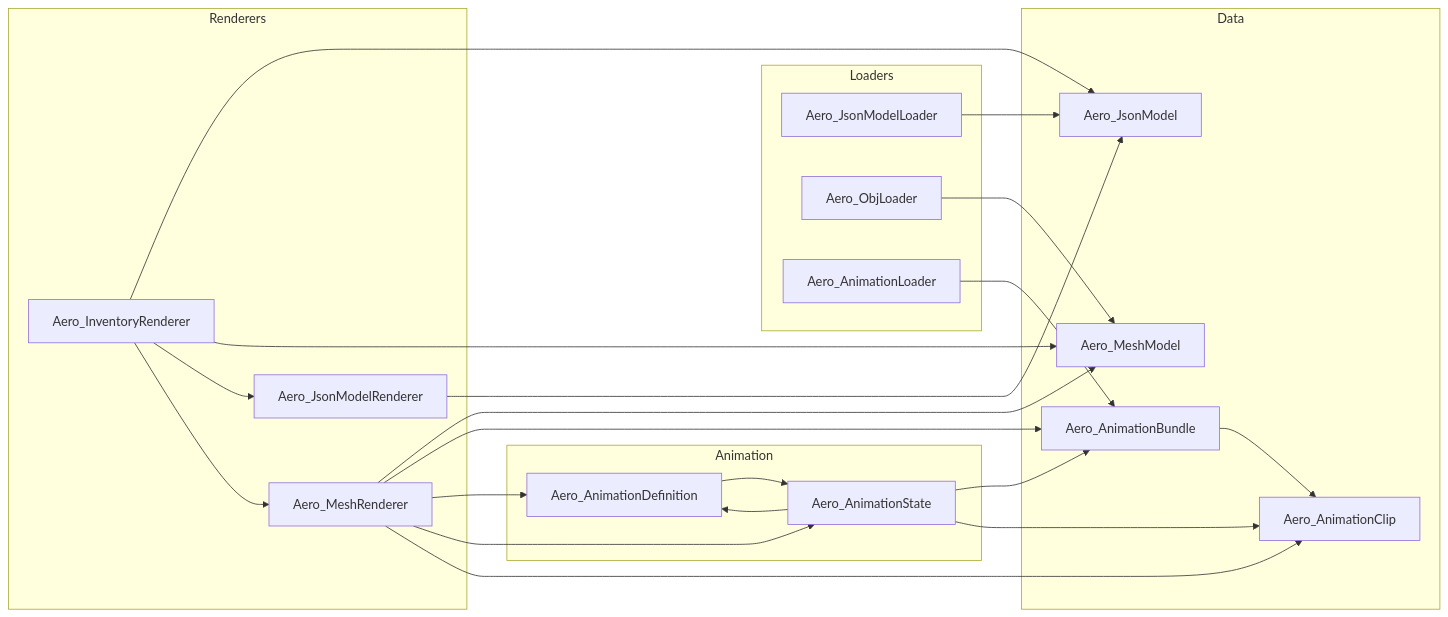
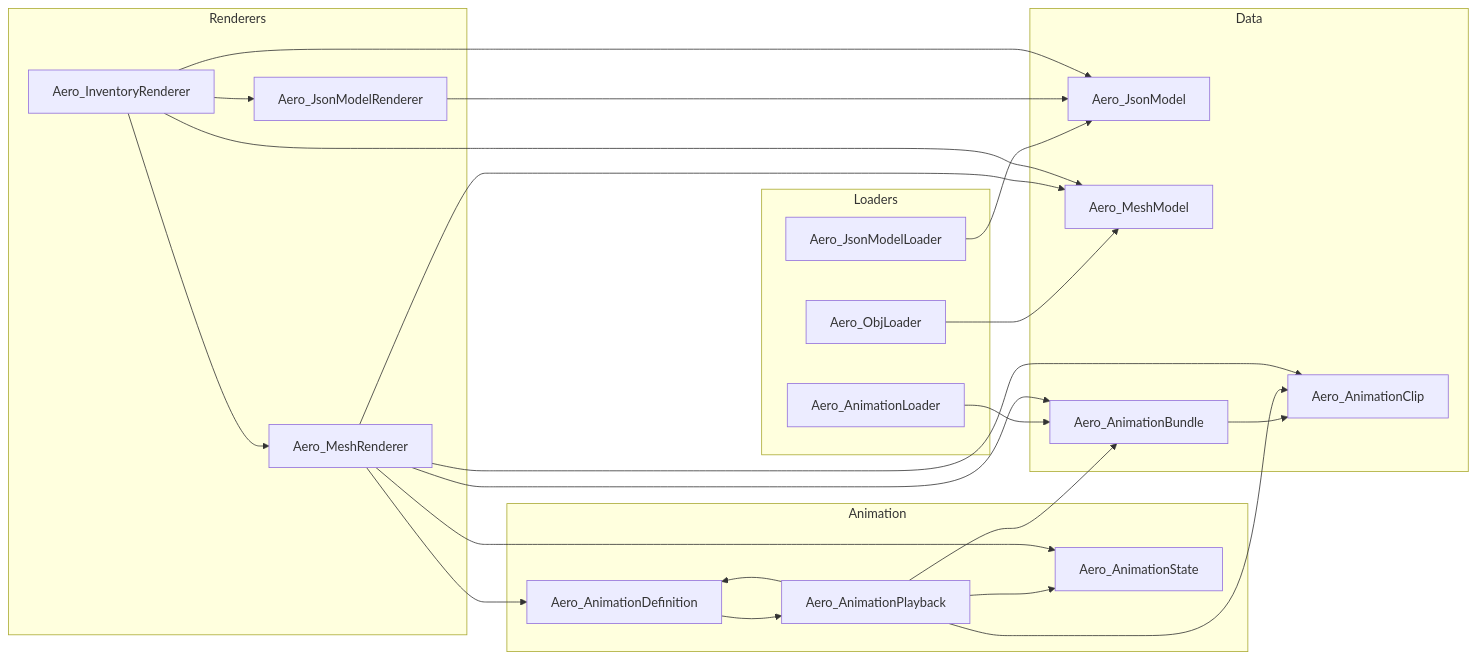
Before and after one commit to lucasrgt/aero-model-lib: the seventh of 7 diagrams in DOC.md, drawn with Mermaid. The commit also changed other lines of this file and 25 other files, not shown here.

Commit message:
feat: harden modellib architecture and benchmarks

````diff
--- a/DOC.md
+++ b/DOC.md
@@ -1403,47 +1489,49 @@
 ```mermaid
 graph LR
     subgraph Loaders
         ML[Aero_JsonModelLoader]
         OL[Aero_ObjLoader]
         AL[Aero_AnimationLoader]
     end
 
     subgraph Data
         M[Aero_JsonModel]
         MM[Aero_MeshModel]
         AB[Aero_AnimationBundle]
         AC[Aero_AnimationClip]
     end
 
     subgraph Animation
         AD[Aero_AnimationDefinition]
+        AP[Aero_AnimationPlayback]
         AS[Aero_AnimationState]
     end
 
     subgraph Renderers
         MR[Aero_JsonModelRenderer]
         MSR[Aero_MeshRenderer]
         IR[Aero_InventoryRenderer]
     end
 
     ML --> M
     OL --> MM
     AL --> AB
     AB --> AC
 
-    AD --> AS
-    AS --> AB
-    AS --> AD
-    AS --> AC
+    AD --> AP
+    AP --> AB
+    AP --> AD
+    AP --> AC
+    AP --> AS
 
     MR --> M
     MSR --> MM
     MSR --> AB
     MSR --> AD
     MSR --> AS
     MSR --> AC
     IR --> M
     IR --> MM
     IR --> MR
     IR --> MSR
 ```
````
